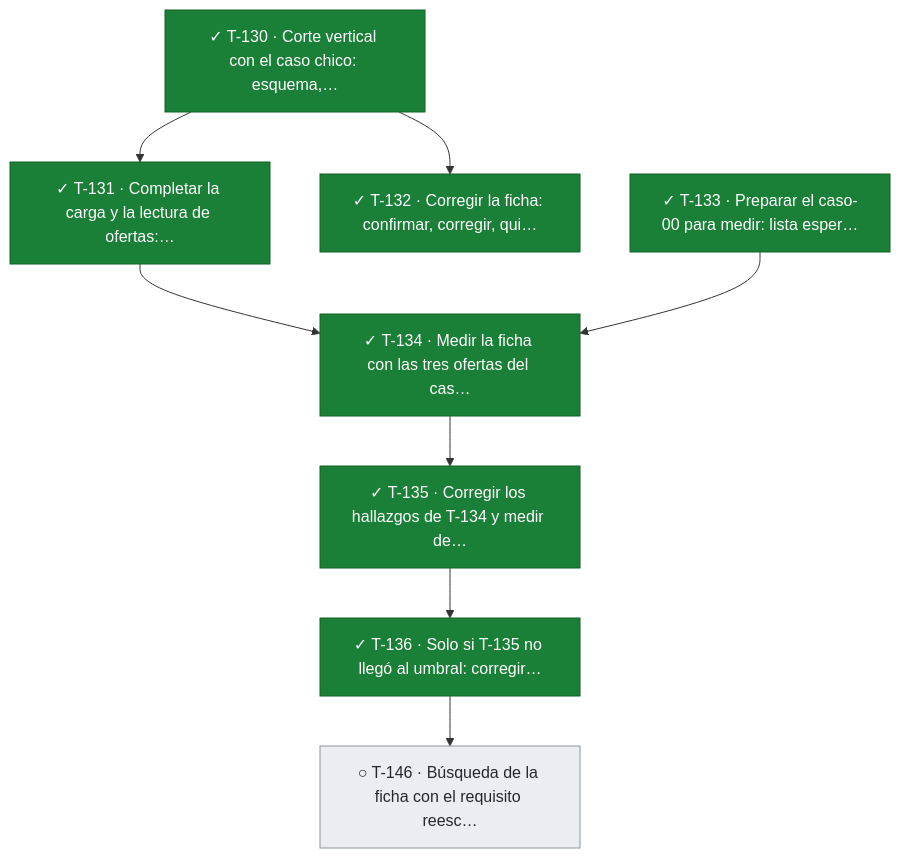
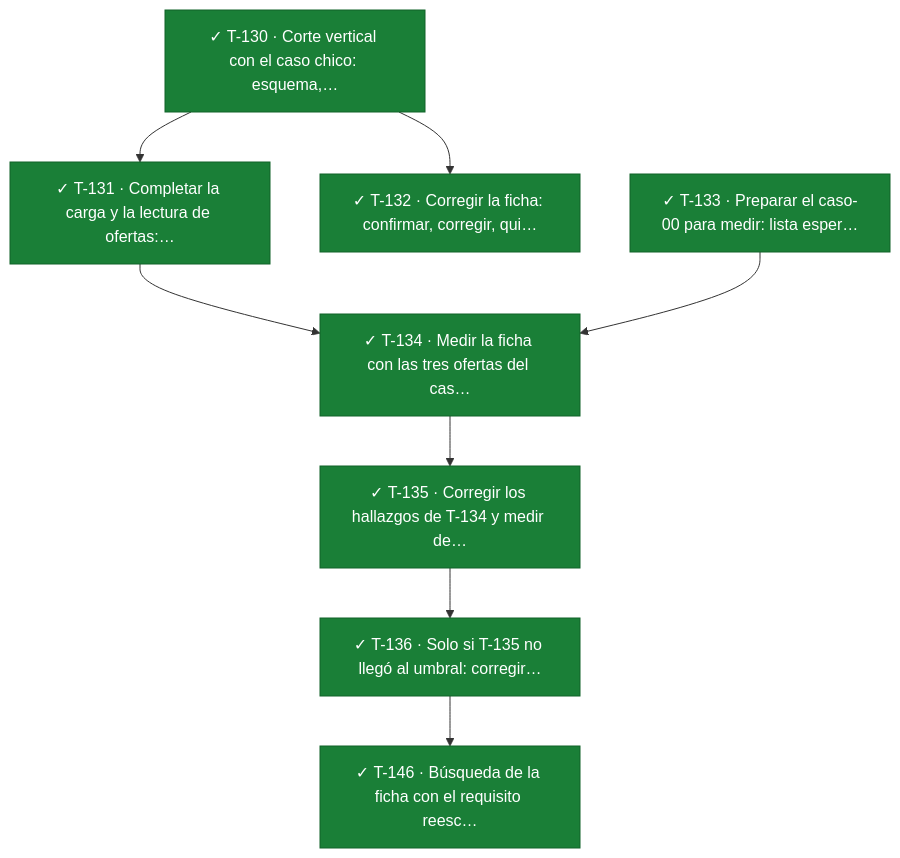
Before and after one commit to snavello/EVALUON: the seventh of 9 diagrams in docs/tablero.md, drawn with Mermaid. The commit also changed other lines of this file and 1 other file, not shown here.

````diff
--- a/docs/tablero.md
+++ b/docs/tablero.md
@@ -683,23 +683,23 @@
 ```mermaid
 flowchart TD
   T130["✓ T-130 · Corte vertical con el caso chico: esquema,…"]:::done
   T131["✓ T-131 · Completar la carga y la lectura de ofertas:…"]:::done
   T132["✓ T-132 · Corregir la ficha: confirmar, corregir, qui…"]:::done
   T133["✓ T-133 · Preparar el caso-00 para medir: lista esper…"]:::done
   T134["✓ T-134 · Medir la ficha con las tres ofertas del cas…"]:::done
   T135["✓ T-135 · Corregir los hallazgos de T-134 y medir de…"]:::done
   T136["✓ T-136 · Solo si T-135 no llegó al umbral: corregir…"]:::done
-  T146["○ T-146 · Búsqueda de la ficha con el requisito reesc…"]:::todo
+  T146["✓ T-146 · Búsqueda de la ficha con el requisito reesc…"]:::done
   T130 --> T131
   T130 --> T132
   T131 --> T134
   T133 --> T134
   T134 --> T135
   T135 --> T136
   T136 --> T146
   classDef done fill:#1a7f37,stroke:#116329,color:#ffffff
   classDef review fill:#0969da,stroke:#0550ae,color:#ffffff
   classDef active fill:#bf8700,stroke:#7d4e00,color:#ffffff
   classDef blocked fill:#cf222e,stroke:#a40e26,color:#ffffff
   classDef todo fill:#eaeef2,stroke:#8c959f,color:#24292f
 ```
````
